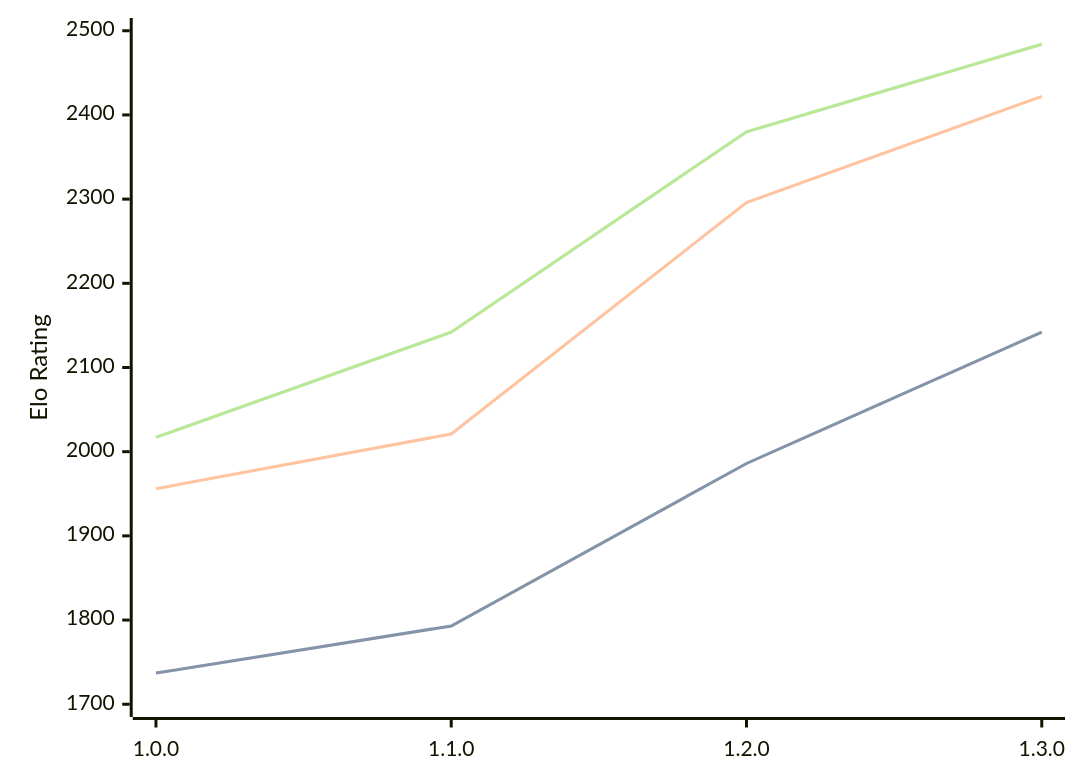
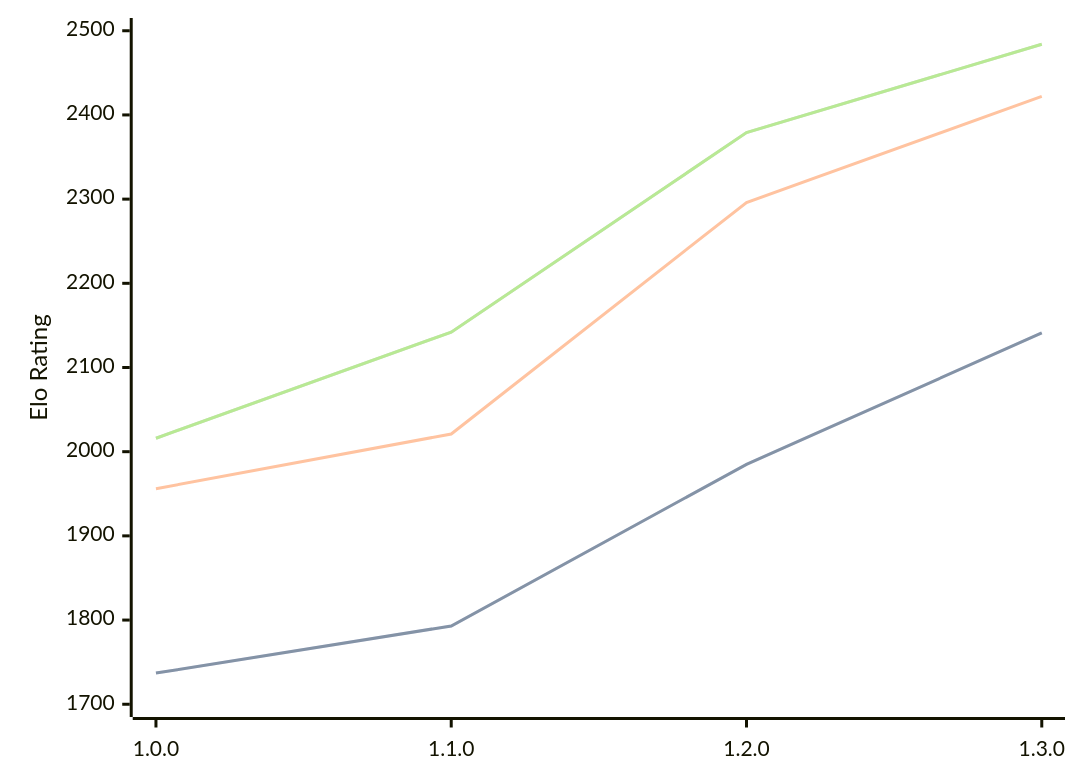
One commit to computer-chess-index/cci changed the diagram in engines/Anodos.md. Above: the diagram before and after it, drawn with Mermaid. The commit also changed other lines of this file, not shown here.

Commit message:
Update CCI Ratings (ELO VLTC) - 2026-07-27

````diff
--- a/engines/Anodos.md
+++ b/engines/Anodos.md
@@ -45,11 +45,11 @@
 ```mermaid
 %%{init: {"theme":"base","themeVariables":{"seriesColors:['#a3a3a3','#222221','#faa371']}}}%%
 xychart-beta
   x-axis ["1.0.0", "1.1.0", "1.2.0", "1.3.0"]
   y-axis "Elo Rating" 1700 --> 2500
-  line "STC (8.0+0.08s)" [1737, 1793, 1986, 2142]
-  line "STC (8.0+0.08s)" [1737, 1793, 1986, 2142]
+  line "STC (8.0+0.08s)" [1737, 1793, 1985, 2141]
+  line "STC (8.0+0.08s)" [1737, 1793, 1985, 2141]
   line "LTC (60.0+0.60s)" [1956, 2021, 2296, 2422]
-  line "VLTC (2m24s+1.12s)" [2017, 2142, 2380, 2484]
-  line "VLTC (2m24s+1.12s)" [2017, 2142, 2380, 2484]
+  line "VLTC (2m24s+1.12s)" [2016, 2142, 2379, 2484]
+  line "VLTC (2m24s+1.12s)" [2016, 2142, 2379, 2484]
 ```
````
